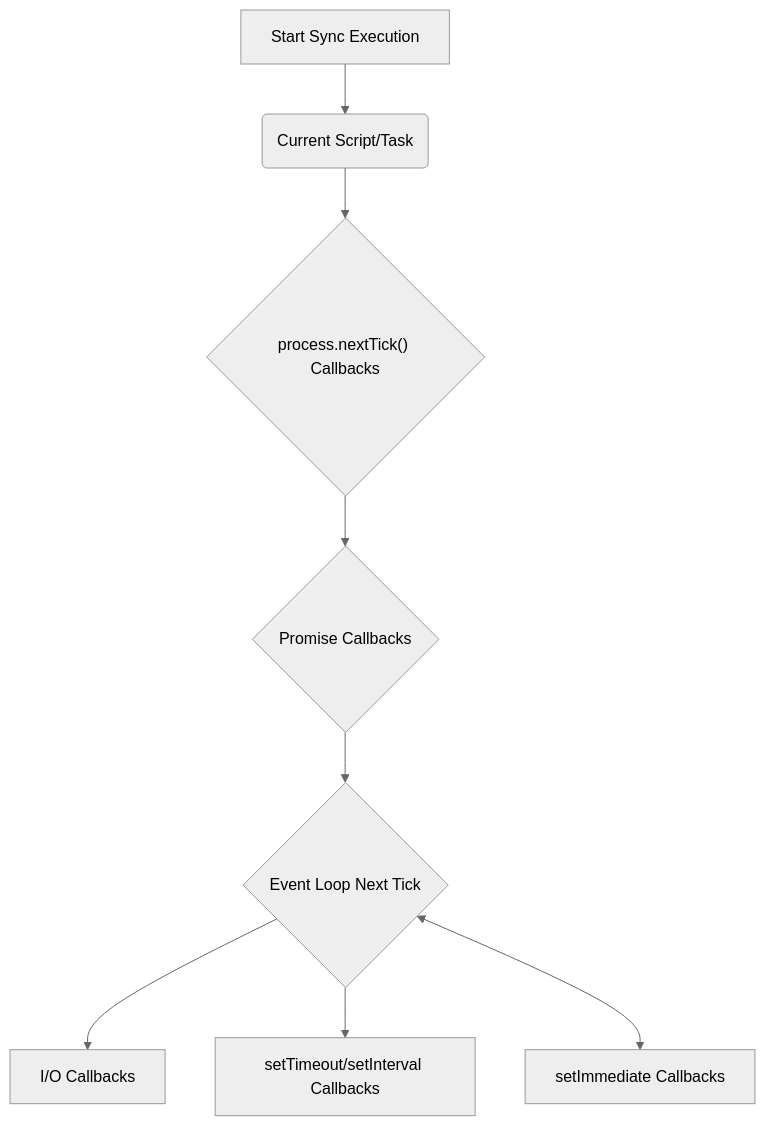
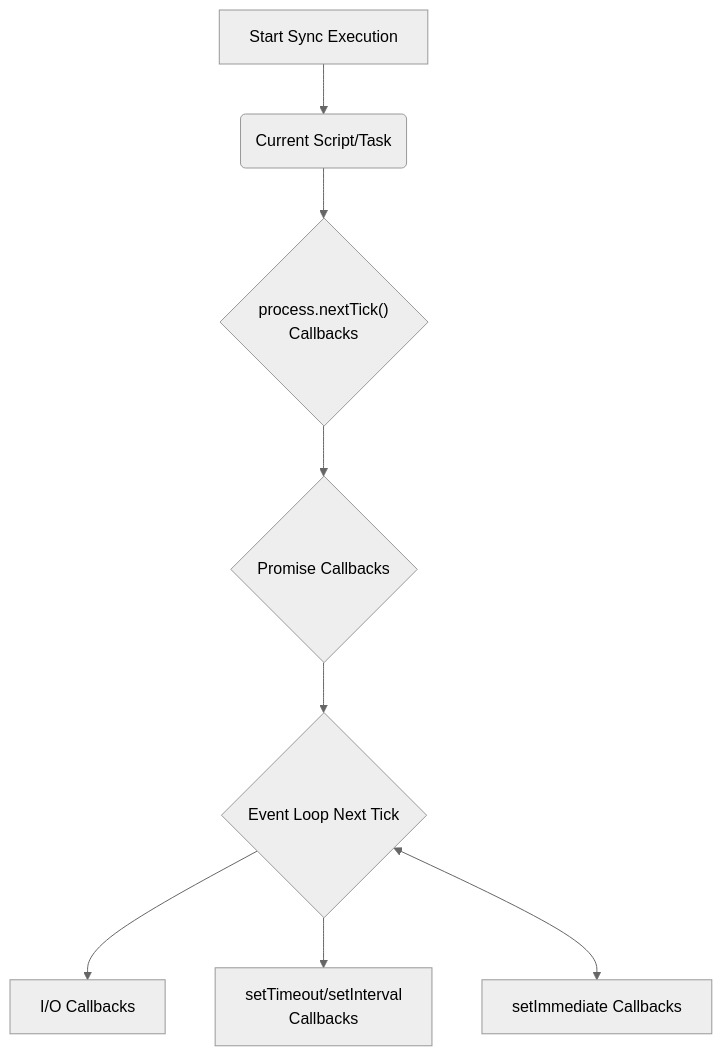
The diagram in source/_posts/2024/2024-03-07_Node.js Process 模块详解.md (teatang/t-blog), drawn with Mermaid (neutral theme) before and after one commit. The commit also changed 1 other file, not shown here.

Commit message:
update blog

```diff
--- a/source/_posts/2024/2024-03-07_Node.js Process 模块详解.md
+++ b/source/_posts/2024/2024-03-07_Node.js Process 模块详解.md
@@ -203,10 +203,10 @@
 {% mermaid %}
 graph TD
     A[Start Sync Execution] --> B(Current Script/Task)
-    B --> C{"process.nextTick() Callbacks"}
+    B --> C{"process.nextTick() <br>Callbacks"}
     C --> D{Promise Callbacks}
     D --> E{Event Loop Next Tick}
     E --> F[I/O Callbacks]
-    E --> G[setTimeout/setInterval Callbacks]
+    E --> G[setTimeout/setInterval <br>Callbacks]
     E <--> H[setImmediate Callbacks]
 {% endmermaid %}
```
